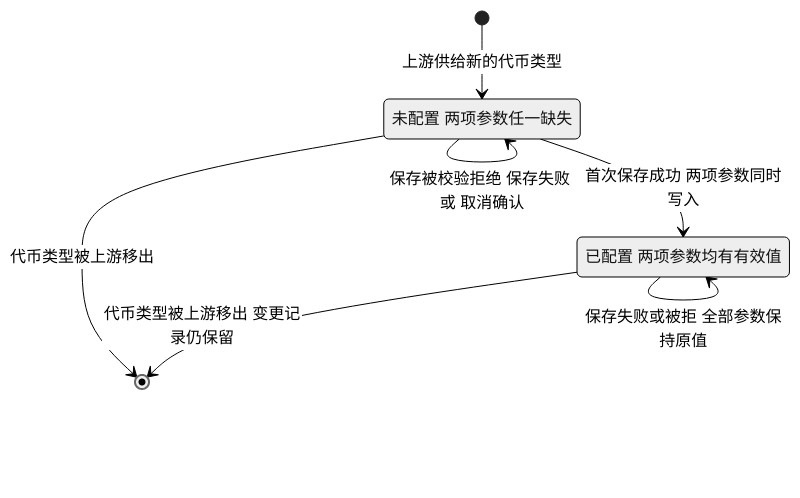
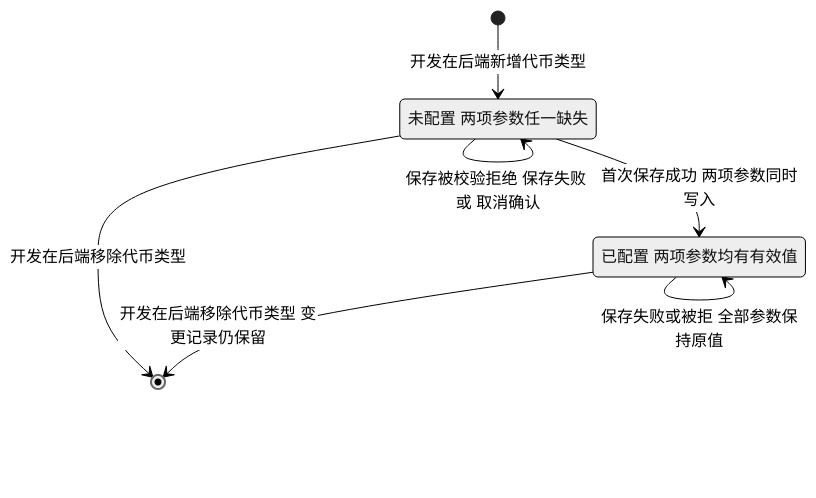
The fourth of 5 diagrams in lending-platform/PRD/运营端/02-运营端融资参数配置/02-运营端融资参数配置-流程图与状态机.md (wxblockchain/Chain-Financing), drawn with Mermaid (neutral theme) before and after one commit. The commit also changed other lines of this file and 4 other files, not shown here.

````diff
--- a/lending-platform/PRD/运营端/02-运营端融资参数配置/02-运营端融资参数配置-流程图与状态机.md
+++ b/lending-platform/PRD/运营端/02-运营端融资参数配置/02-运营端融资参数配置-流程图与状态机.md
@@ -91,12 +92,12 @@
 ```mermaid
 stateDiagram-v2
     state "未配置 两项参数任一缺失" as Unset
     state "已配置 两项参数均有有效值" as Configured
-    [*] --> Unset: 上游供给新的代币类型
+    [*] --> Unset: 开发在后端新增代币类型
     Unset --> Unset: 保存被校验拒绝 保存失败 或 取消确认
     Unset --> Configured: 首次保存成功 两项参数同时写入
     Configured --> Configured: 再次保存成功 记录一次新的变更
     Configured --> Configured: 保存失败或被拒 全部参数保持原值
-    Unset --> [*]: 代币类型被上游移出
-    Configured --> [*]: 代币类型被上游移出 变更记录仍保留
+    Unset --> [*]: 开发在后端移除代币类型
+    Configured --> [*]: 开发在后端移除代币类型 变更记录仍保留
 ```
````
